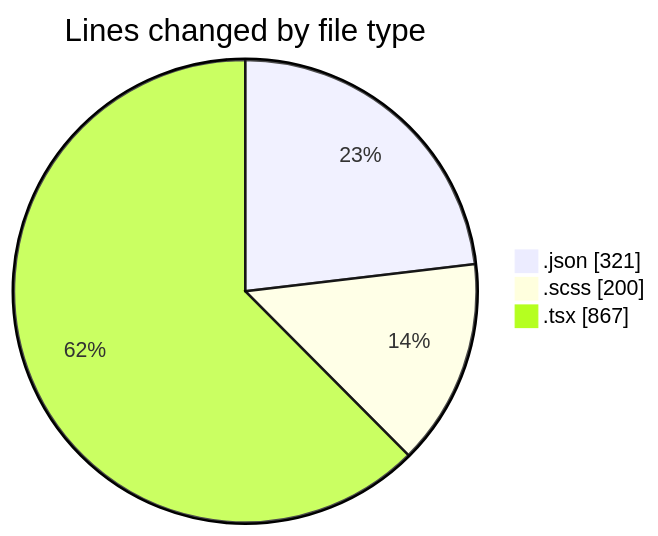
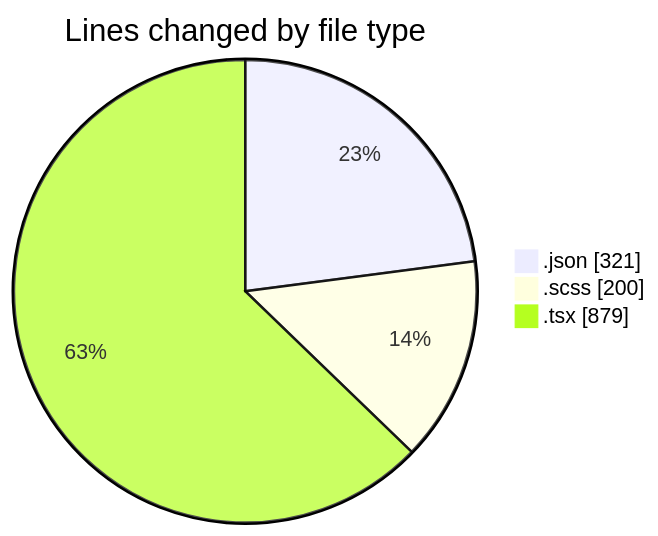
The first of 2 diagrams in 2026-04-20/cda/README.md (momahboobian/code-tracking), drawn with Mermaid before and after one commit. The commit also changed other lines of this file and 1 other file, not shown here.

````diff
--- a/2026-04-20/cda/README.md
+++ b/2026-04-20/cda/README.md
@@ -27,7 +27,7 @@
 ```mermaid
 pie showData
 title Lines changed by file type
 ".json" : 321
 ".scss" : 200
-".tsx" : 867
+".tsx" : 879
 ```
````
